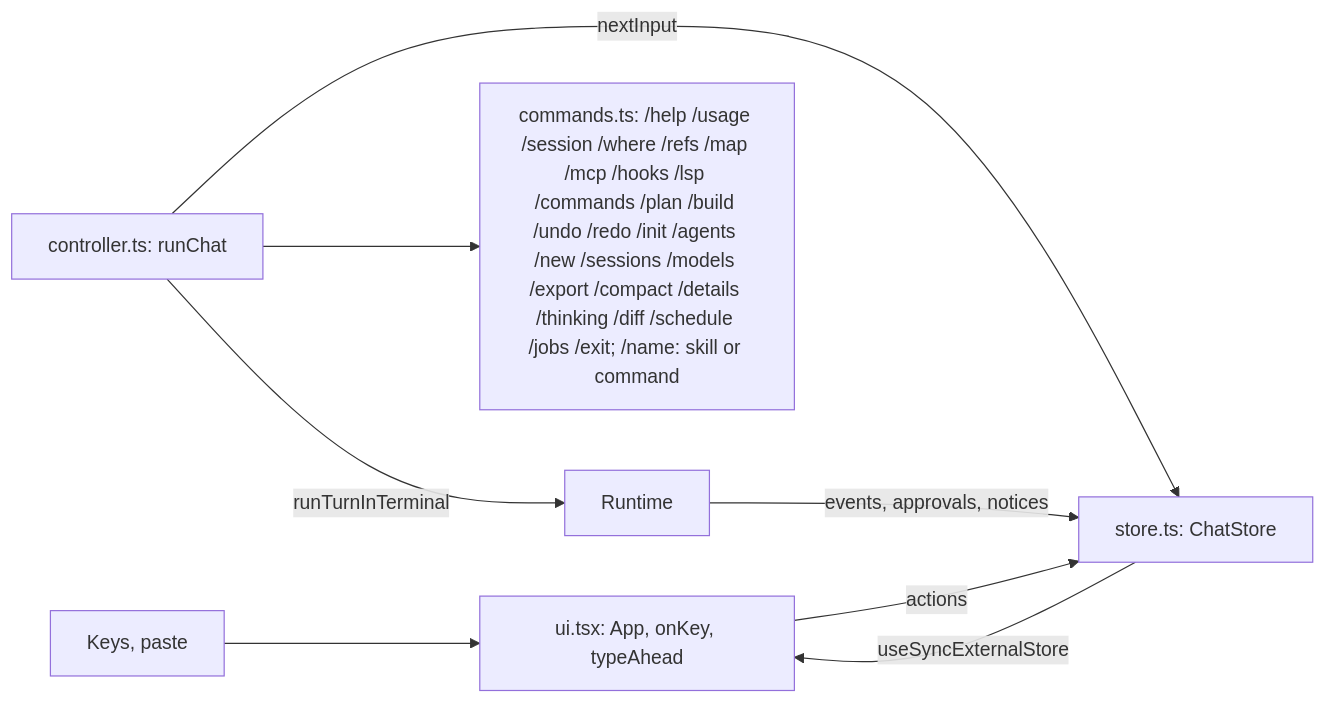
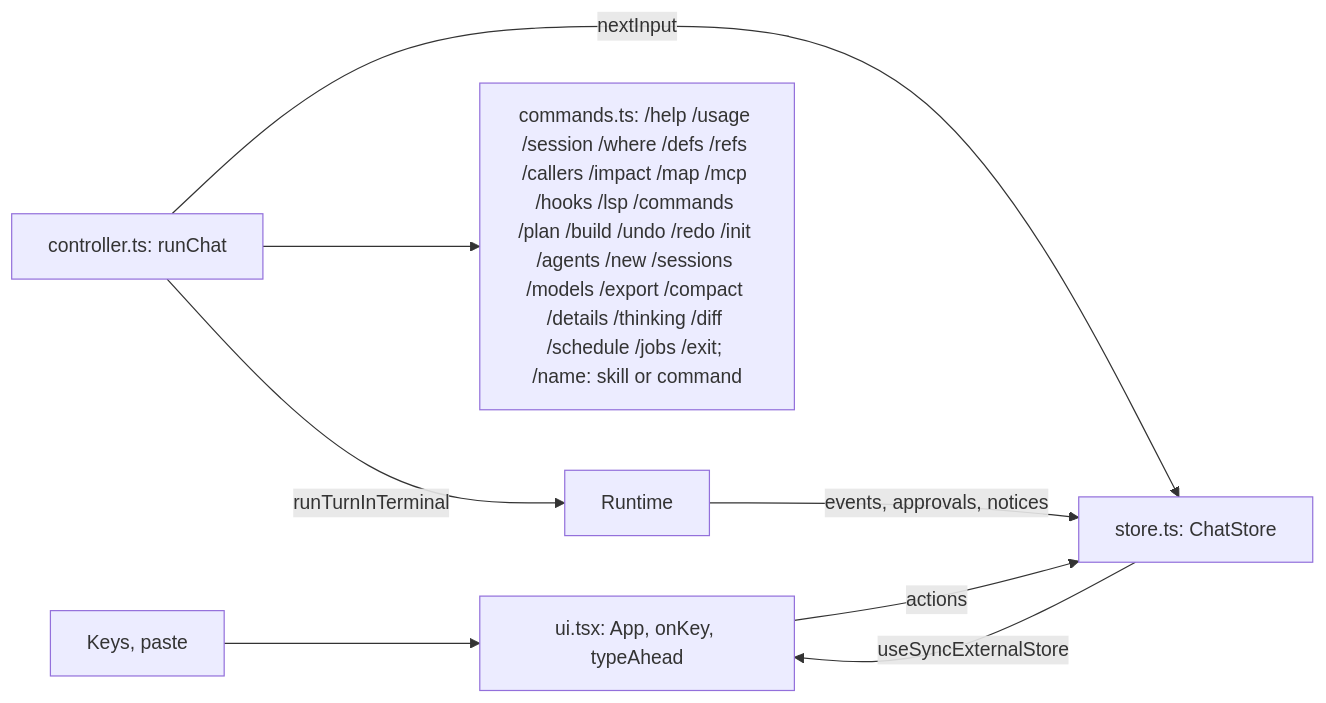
The diagram in docs/lld/cli.md (madhu-sv/garuda), drawn with Mermaid before and after one commit. The commit also changed 17 other files, not shown here.

````diff
--- a/docs/lld/cli.md
+++ b/docs/lld/cli.md
@@ -138,10 +138,10 @@
 ```mermaid
 flowchart LR
   keys[Keys, paste] --> ui[ui.tsx: App, onKey, typeAhead]
   ui -->|actions| store[store.ts: ChatStore]
   store -->|useSyncExternalStore| ui
   ctrl[controller.ts: runChat] -->|nextInput| store
-  ctrl --> cmds[commands.ts: /help /usage /session /where /refs /map /mcp /hooks /lsp /commands /plan /build /undo /redo /init /agents /new /sessions /models /export /compact /details /thinking /diff /schedule /jobs /exit; /name: skill or command]
+  ctrl --> cmds[commands.ts: /help /usage /session /where /defs /refs /callers /impact /map /mcp /hooks /lsp /commands /plan /build /undo /redo /init /agents /new /sessions /models /export /compact /details /thinking /diff /schedule /jobs /exit; /name: skill or command]
   ctrl -->|runTurnInTerminal| rt[Runtime]
   rt -->|events, approvals, notices| store
 ```
````
